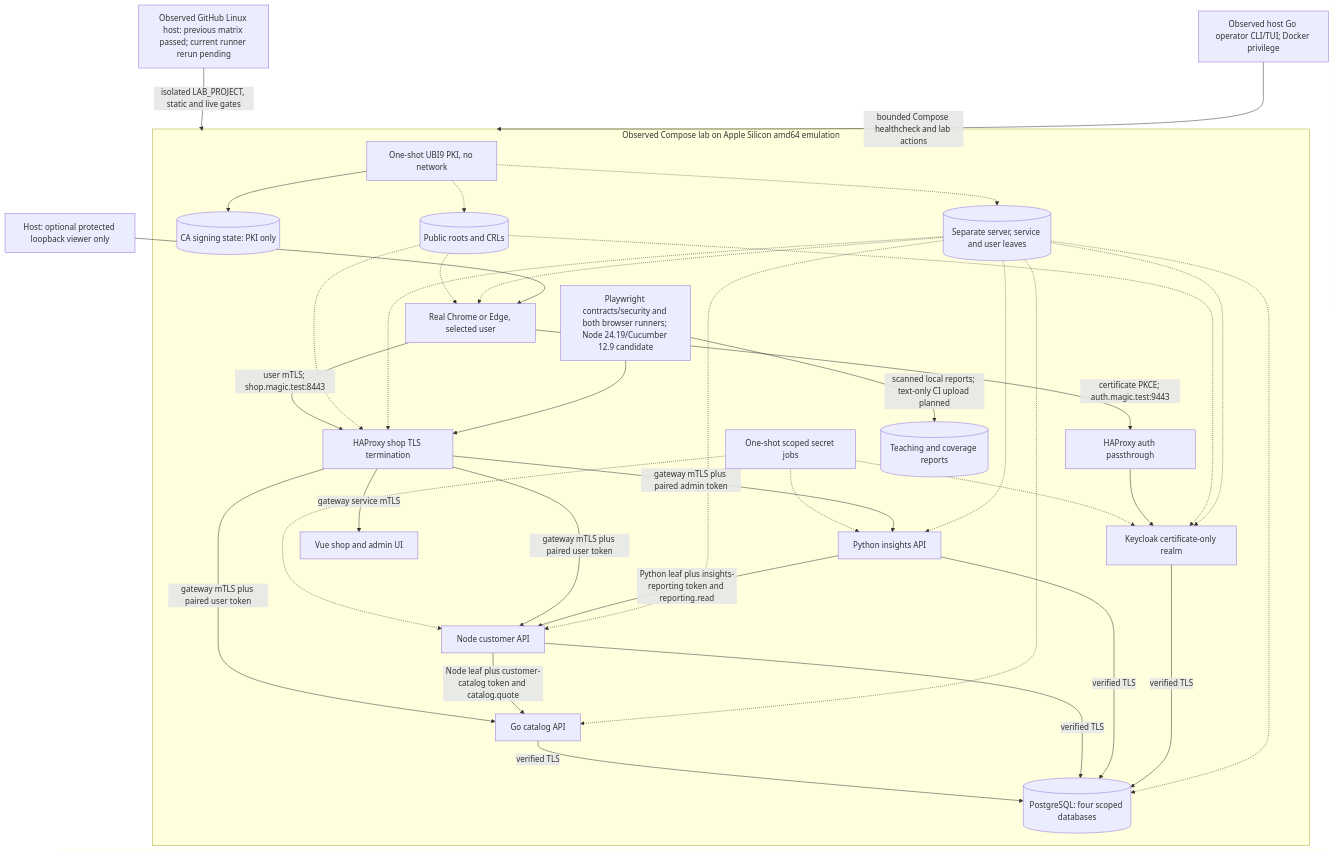
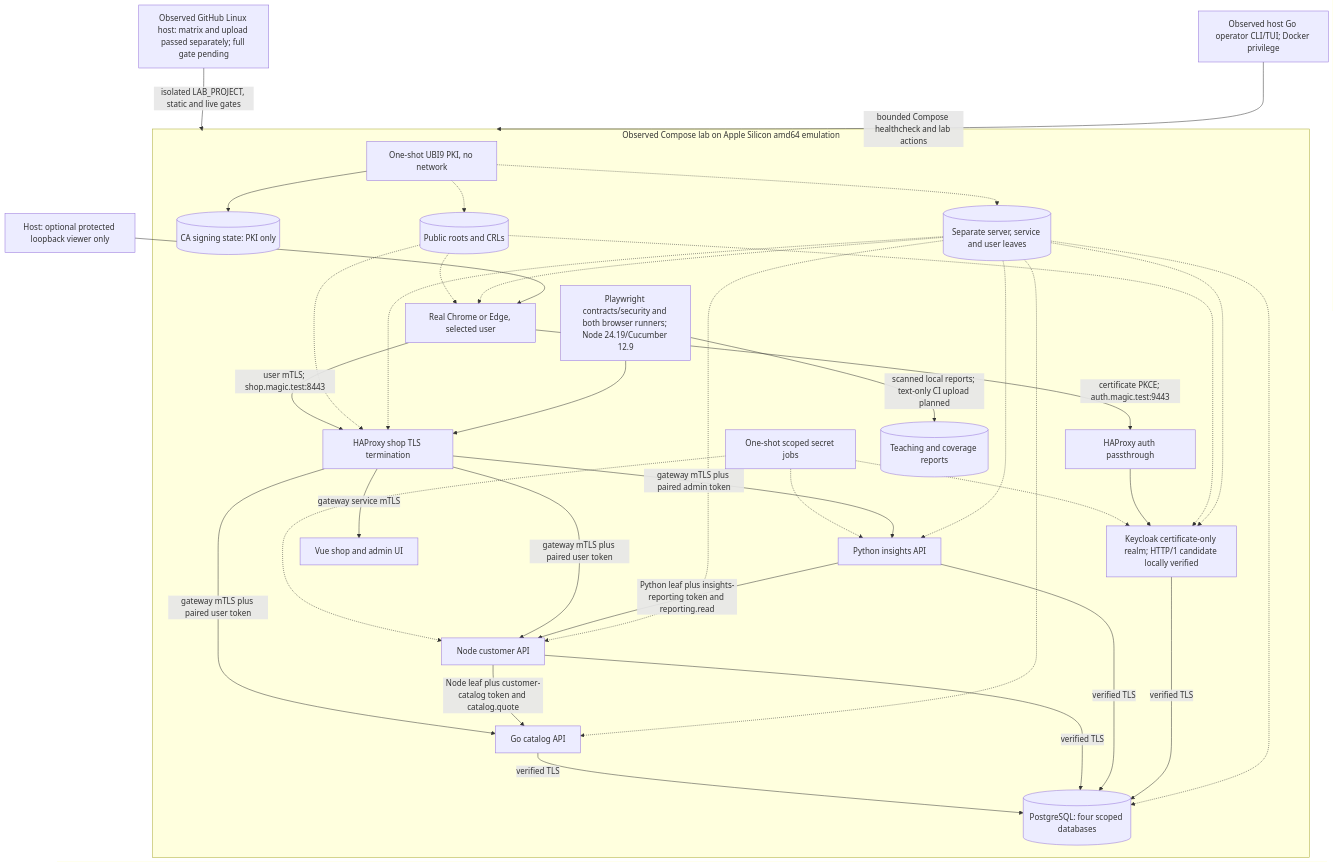
One commit to orieken/testing-with-certs changed the first of 3 diagrams in docs/architecture.md. Above: the diagram before and after it, drawn with Mermaid. The commit also changed other lines of this file and 10 other files, not shown here.

Commit message:
Keep certificate auth on verified HTTP/1 for CI browsers

````diff
--- a/docs/architecture.md
+++ b/docs/architecture.md
@@ -11,39 +11,39 @@
 ```mermaid
 flowchart TB
-  CI["Observed GitHub Linux host: previous matrix passed; current runner rerun pending"] -->|"isolated LAB_PROJECT, static and live gates"| Lab
+  CI["Observed GitHub Linux host: matrix and upload passed separately; full gate pending"] -->|"isolated LAB_PROJECT, static and live gates"| Lab
   Operator["Observed host Go operator CLI/TUI; Docker privilege"] -->|"bounded Compose healthcheck and lab actions"| Lab
   subgraph Lab["Observed Compose lab on Apple Silicon amd64 emulation"]
     PKI["One-shot UBI9 PKI, no network"] --> CA[("CA signing state: PKI only")]
     PKI -.-> Trust[("Public roots and CRLs")]
     PKI -.-> Leaves[("Separate server, service and user leaves")]
-    Secrets["One-shot scoped secret jobs"] -.-> KC["Keycloak certificate-only realm"]
+    Secrets["One-shot scoped secret jobs"] -.-> KC["Keycloak certificate-only realm; HTTP/1 candidate locally verified"]
     Secrets -.-> Node["Node customer API"]
     Secrets -.-> Python["Python insights API"]
     Browser["Real Chrome or Edge, selected user"] -->|"user mTLS; shop.magic.test:8443"| HA["HAProxy shop TLS termination"]
     Browser -->|"certificate PKCE; auth.magic.test:9443"| Tunnel["HAProxy auth passthrough"]
     Tunnel --> KC
     HA -->|"gateway service mTLS"| UI["Vue shop and admin UI"]
     HA -->|"gateway mTLS plus paired user token"| Go["Go catalog API"]
     HA -->|"gateway mTLS plus paired user token"| Node
     HA -->|"gateway mTLS plus paired admin token"| Python
     Node -->|"Node leaf plus customer-catalog token and catalog.quote"| Go
     Python -->|"Python leaf plus insights-reporting token and reporting.read"| Node
     Go -->|"verified TLS"| DB[("PostgreSQL: four scoped databases")]
     Node -->|"verified TLS"| DB
     Python -->|"verified TLS"| DB
     KC -->|"verified TLS"| DB
     Trust -.-> Browser
     Trust -.-> HA
     Trust -.-> KC
     Leaves -.-> Browser
     Leaves -.-> HA
     Leaves -.-> KC
     Leaves -.-> Go
     Leaves -.-> Node
     Leaves -.-> Python
     Leaves -.-> DB
-    Tests["Playwright contracts/security and both browser runners; Node 24.19/Cucumber 12.9 candidate"] --> HA
+    Tests["Playwright contracts/security and both browser runners; Node 24.19/Cucumber 12.9"] --> HA
     Tests -->|"scanned local reports; text-only CI upload planned"| Reports[("Teaching and coverage reports")]
   end
   Host["Host: optional protected loopback viewer only"] --> Browser
 ```
````
